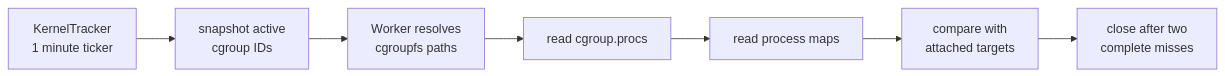
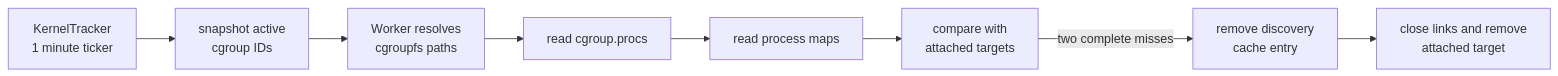
Before and after one commit to cicd-sensor/cicd-sensor: the fourth of 4 diagrams in docs/developer-guide/ebpf/http-uprobes.md, drawn with Mermaid. The commit also changed other lines of this file and 13 other files, not shown here.

Commit message:
refactor(ebpf): simplify HTTP uprobe discovery cache

````diff
--- a/docs/developer-guide/ebpf/http-uprobes.md
+++ b/docs/developer-guide/ebpf/http-uprobes.md
@@ -191,12 +238,14 @@
 ```mermaid
 flowchart LR
     TICK["KernelTracker<br/>1 minute ticker"]
     IDS["snapshot active<br/>cgroup IDs"]
     PATHS["Worker resolves<br/>cgroupfs paths"]
     PIDS["read cgroup.procs"]
     MAPS["read process maps"]
     COMPARE["compare with<br/>attached targets"]
-    CLOSE["close after two<br/>complete misses"]
+    CACHE["remove discovery<br/>cache entry"]
+    CLOSE["close links and remove<br/>attached target"]
 
-    TICK --> IDS --> PATHS --> PIDS --> MAPS --> COMPARE --> CLOSE
+    TICK --> IDS --> PATHS --> PIDS --> MAPS --> COMPARE
+    COMPARE -->|"two complete misses"| CACHE --> CLOSE
 ```
````
